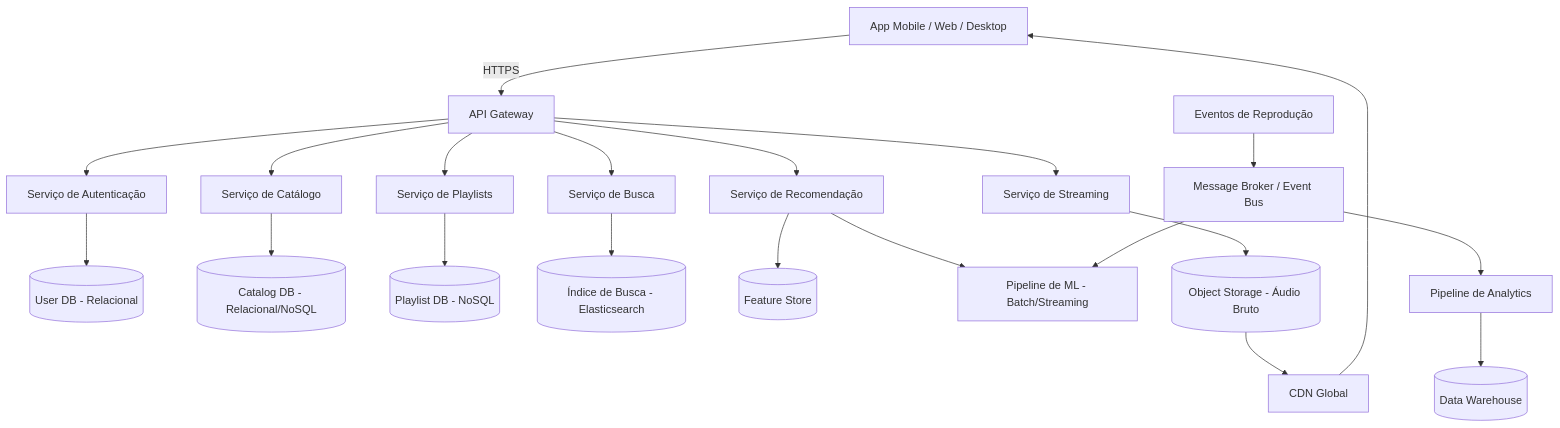
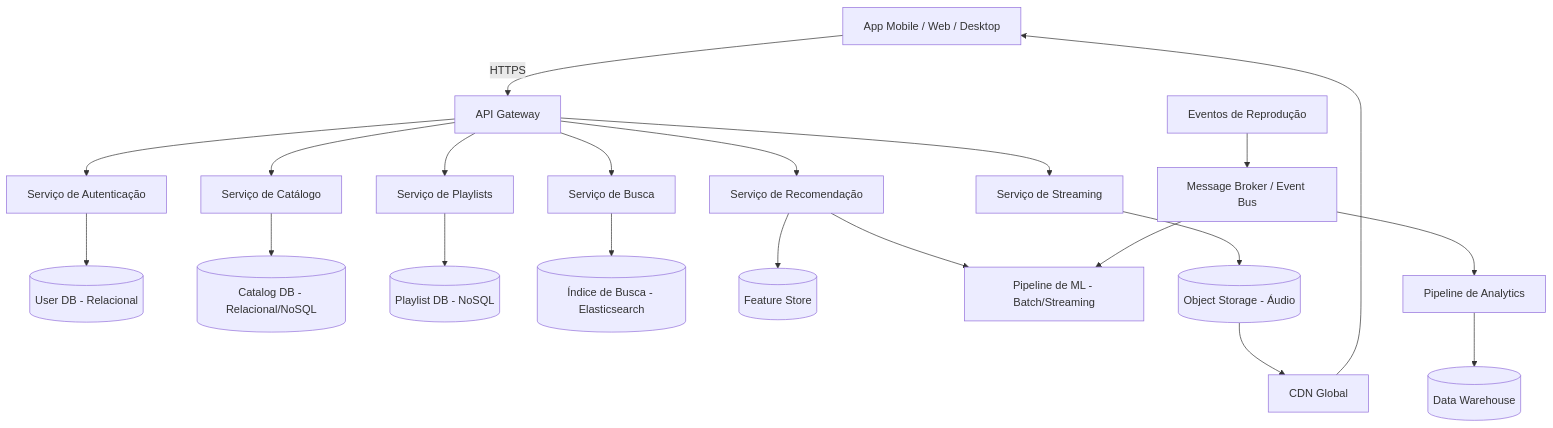
The first of 3 diagrams in README.md (gabrielteramae/arquitetando-spotify), drawn with Mermaid before and after one commit. The commit also changed other lines of this file, not shown here.

````diff
--- a/README.md
+++ b/README.md
@@ -72,28 +96,28 @@
 ```mermaid
 graph TD
     Client[App Mobile / Web / Desktop] -->|HTTPS| APIGateway[API Gateway]
 
     APIGateway --> AuthService[Serviço de Autenticação]
     APIGateway --> CatalogService[Serviço de Catálogo]
     APIGateway --> PlaylistService[Serviço de Playlists]
     APIGateway --> RecommendationService[Serviço de Recomendação]
     APIGateway --> SearchService[Serviço de Busca]
     APIGateway --> StreamingService[Serviço de Streaming]
 
     AuthService --> UserDB[(User DB - Relacional)]
     CatalogService --> CatalogDB[(Catalog DB - Relacional/NoSQL)]
     PlaylistService --> PlaylistDB[(Playlist DB - NoSQL)]
     SearchService --> SearchIndex[(Índice de Busca - Elasticsearch)]
     RecommendationService --> FeatureStore[(Feature Store)]
     RecommendationService --> MLPipeline[Pipeline de ML - Batch/Streaming]
 
-    StreamingService --> ObjectStorage[(Object Storage - Áudio Bruto)]
+    StreamingService --> ObjectStorage[(Object Storage - Áudio)]
     ObjectStorage --> CDN[CDN Global]
     CDN --> Client
 
     UserActions[Eventos de Reprodução] --> EventBus[Message Broker / Event Bus]
     EventBus --> AnalyticsPipeline[Pipeline de Analytics]
     EventBus --> MLPipeline
 
     AnalyticsPipeline --> DataWarehouse[(Data Warehouse)]
 ```
````
